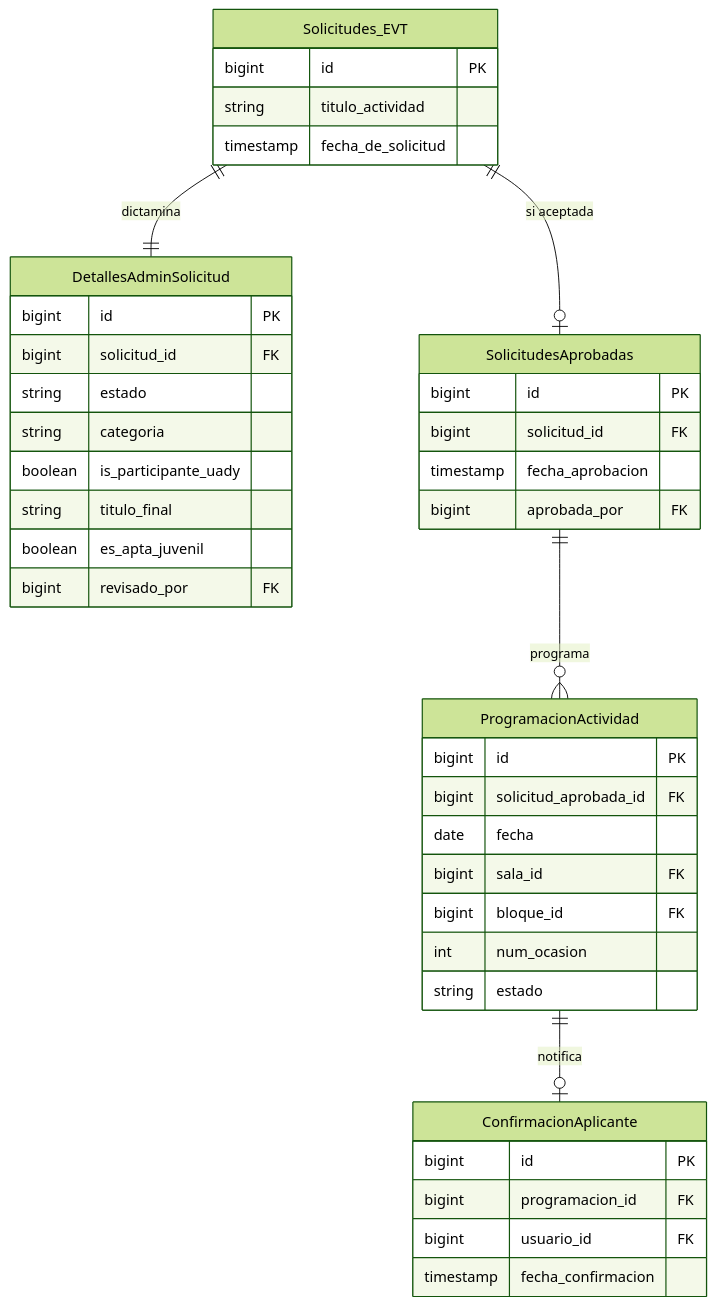
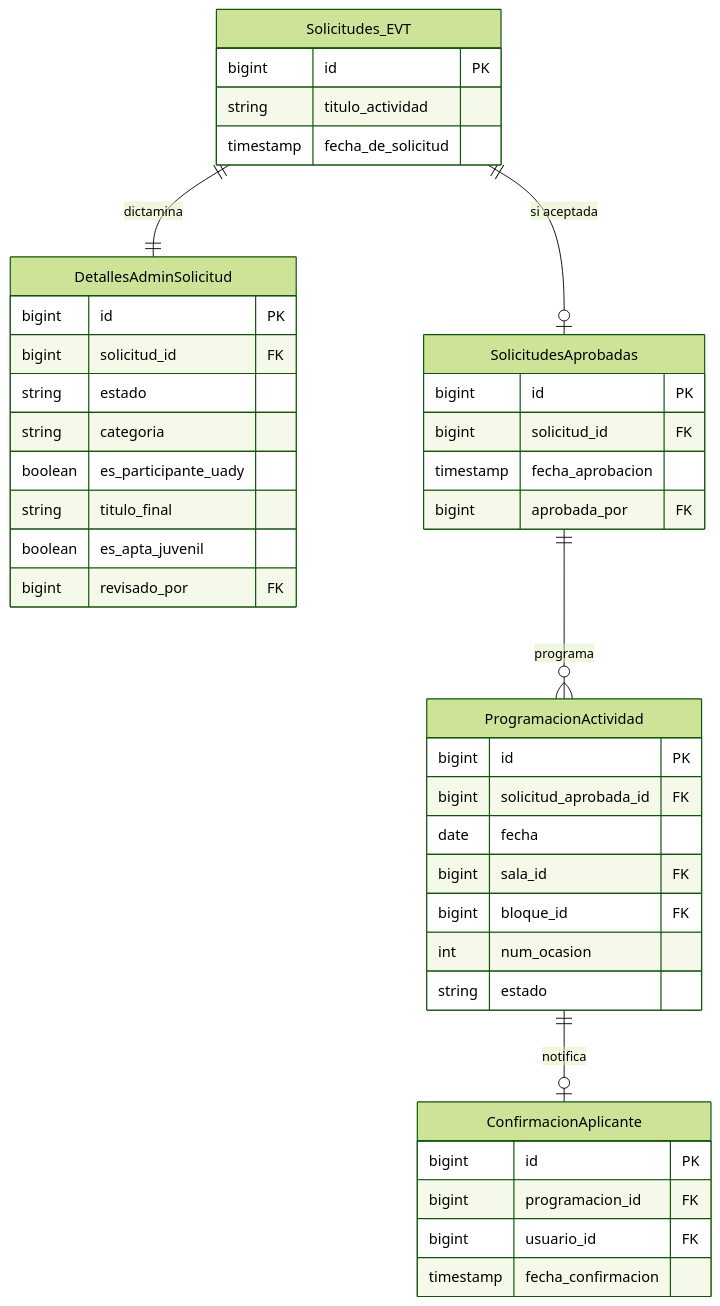
One commit to Proyectos-Vinculacion-FMAT/FILEYapp26 changed the third of 3 diagrams in docs/requisitos/EVT/Modelo de datos - Eventos.md. Above: the diagram before and after it, drawn with Mermaid (forest theme). The commit also changed other lines of this file and 35 other files, not shown here.

````diff
--- a/docs/requisitos/EVT/Modelo de datos - Eventos.md
+++ b/docs/requisitos/EVT/Modelo de datos - Eventos.md
@@ -607,44 +607,44 @@
 ```mermaid
 erDiagram
     Solicitudes_EVT {
         bigint id PK
         string titulo_actividad
         timestamp fecha_de_solicitud
     }
     DetallesAdminSolicitud {
         bigint id PK
         bigint solicitud_id FK
         string estado
         string categoria
-        boolean is_participante_uady
+        boolean es_participante_uady
         string titulo_final
         boolean es_apta_juvenil
         bigint revisado_por FK
     }
     SolicitudesAprobadas {
         bigint id PK
         bigint solicitud_id FK
         timestamp fecha_aprobacion
         bigint aprobada_por FK
     }
     ProgramacionActividad {
         bigint id PK
         bigint solicitud_aprobada_id FK
         date fecha
         bigint sala_id FK
         bigint bloque_id FK
         int num_ocasion
         string estado
     }
     ConfirmacionAplicante {
         bigint id PK
         bigint programacion_id FK
         bigint usuario_id FK
         timestamp fecha_confirmacion
     }
 
     Solicitudes_EVT ||--|| DetallesAdminSolicitud : "dictamina"
     Solicitudes_EVT ||--o| SolicitudesAprobadas : "si aceptada"
     SolicitudesAprobadas ||--o{ ProgramacionActividad : "programa"
     ProgramacionActividad ||--o| ConfirmacionAplicante : "notifica"
 ```
````
